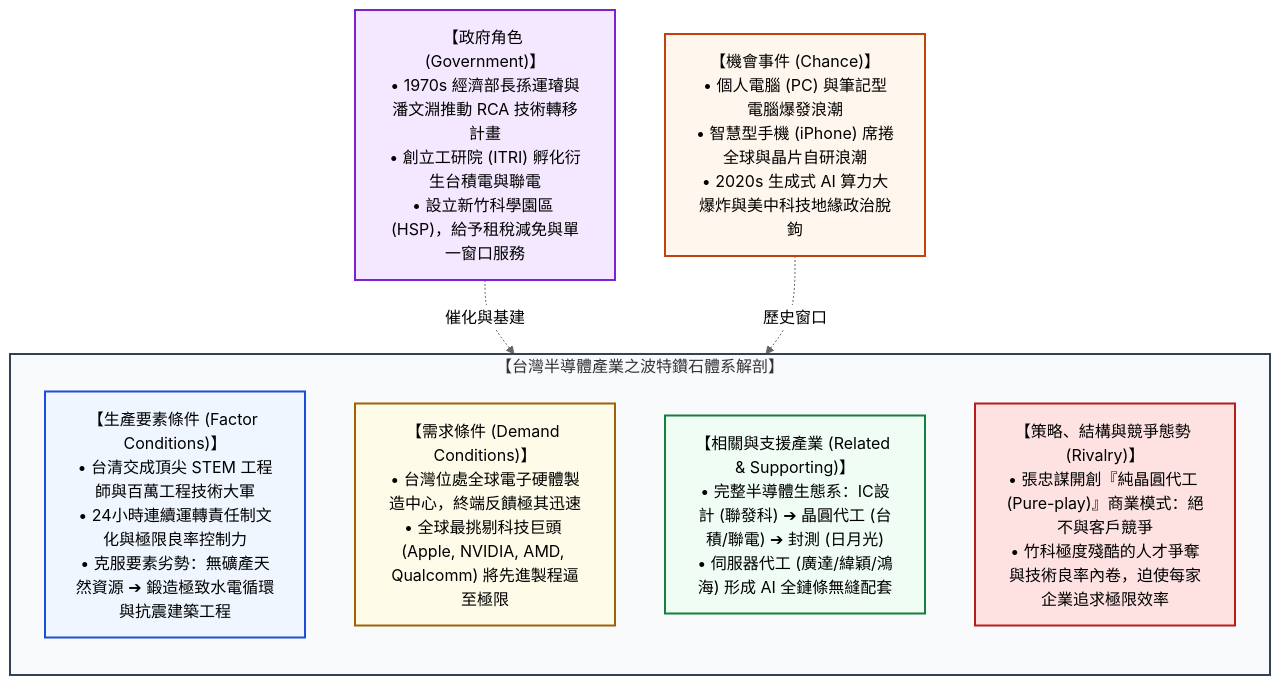
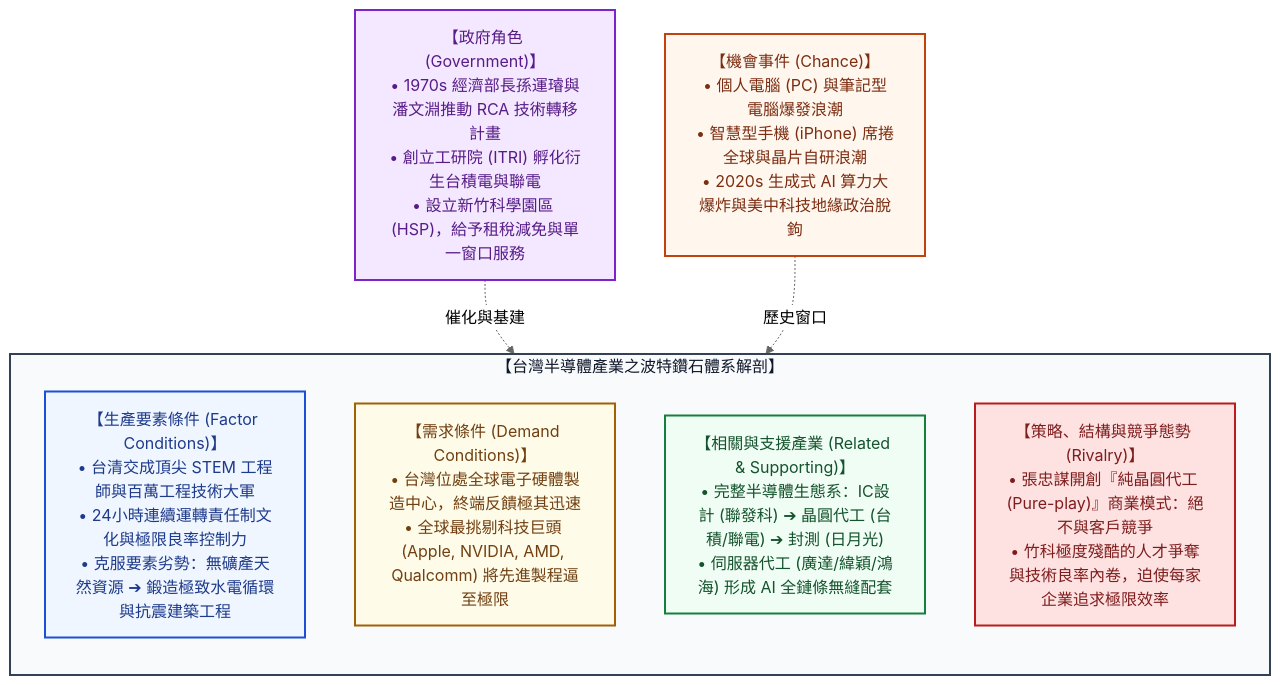
The second of 2 diagrams in src/site/notes/98_商業概念庫/Porter's Diamond Model_波特鑽石模型.md (Jimlin0428/my-digital-garden), drawn with Mermaid (neutral theme) before and after one commit. The commit also changed other lines of this file and 99 other files, not shown here.

````diff
--- a/src/site/notes/98_商業概念庫/Porter's Diamond Model_波特鑽石模型.md
+++ b/src/site/notes/98_商業概念庫/Porter's Diamond Model_波特鑽石模型.md
@@ -286,22 +286,22 @@
 ```mermaid
 flowchart TD
     subgraph TaiwanDiamond ["【台灣半導體產業之波特鑽石體系解剖】"]
         direction TB
         F1["【生產要素條件 (Factor Conditions)】<br/>• 台清交成頂尖 STEM 工程師與百萬工程技術大軍<br/>• 24小時連續運轉責任制文化與極限良率控制力<br/>• 克服要素劣勢：無礦產天然資源 ➔ 鍛造極致水電循環與抗震建築工程"]
         F2["【需求條件 (Demand Conditions)】<br/>• 台灣位處全球電子硬體製造中心，終端反饋極其迅速<br/>• 全球最挑剔科技巨頭 (Apple, NVIDIA, AMD, Qualcomm) 將先進製程逼至極限"]
         F3["【相關與支援產業 (Related & Supporting)】<br/>• 完整半導體生態系：IC設計 (聯發科) ➔ 晶圓代工 (台積/聯電) ➔ 封測 (日月光)<br/>• 伺服器代工 (廣達/緯穎/鴻海) 形成 AI 全鏈條無縫配套"]
         F4["【策略、結構與競爭態勢 (Rivalry)】<br/>• 張忠謀開創『純晶圓代工 (Pure-play)』商業模式：絕不與客戶競爭<br/>• 竹科極度殘酷的人才爭奪與技術良率內卷，迫使每家企業追求極限效率"]
     end
 
     Gov["【政府角色 (Government)】<br/>• 1970s 經濟部長孫運璿與潘文淵推動 RCA 技術轉移計畫<br/>• 創立工研院 (ITRI) 孵化衍生台積電與聯電<br/>• 設立新竹科學園區 (HSP)，給予租稅減免與單一窗口服務"] -. 催化與基建 .-> TaiwanDiamond
 
     Chance["【機會事件 (Chance)】<br/>• 個人電腦 (PC) 與筆記型電腦爆發浪潮<br/>• 智慧型手機 (iPhone) 席捲全球與晶片自研浪潮<br/>• 2020s 生成式 AI 算力大爆炸與美中科技地緣政治脫鉤"] -. 歷史窗口 .-> TaiwanDiamond
 
-    style TaiwanDiamond fill:#f8fafc,stroke:#334155,stroke-width:2px
-    style F1 fill:#eff6ff,stroke:#1d4ed8,stroke-width:2px
-    style F2 fill:#fefce8,stroke:#a16207,stroke-width:2px
-    style F3 fill:#f0fdf4,stroke:#15803d,stroke-width:2px
-    style F4 fill:#fee2e2,stroke:#b91c1c,stroke-width:2px
-    style Gov fill:#f3e8ff,stroke:#7e22ce,stroke-width:2px
-    style Chance fill:#fff7ed,stroke:#c2410c,stroke-width:2px
+    style TaiwanDiamond fill:#f8fafc,stroke:#334155,stroke-width:2px,color:#0f172a
+    style F1 fill:#eff6ff,stroke:#1d4ed8,stroke-width:2px,color:#1e3a8a
+    style F2 fill:#fefce8,stroke:#a16207,stroke-width:2px,color:#713f12
+    style F3 fill:#f0fdf4,stroke:#15803d,stroke-width:2px,color:#14532d
+    style F4 fill:#fee2e2,stroke:#b91c1c,stroke-width:2px,color:#7f1d1d
+    style Gov fill:#f3e8ff,stroke:#7e22ce,stroke-width:2px,color:#581c87
+    style Chance fill:#fff7ed,stroke:#c2410c,stroke-width:2px,color:#7c2d12
 ```
````
